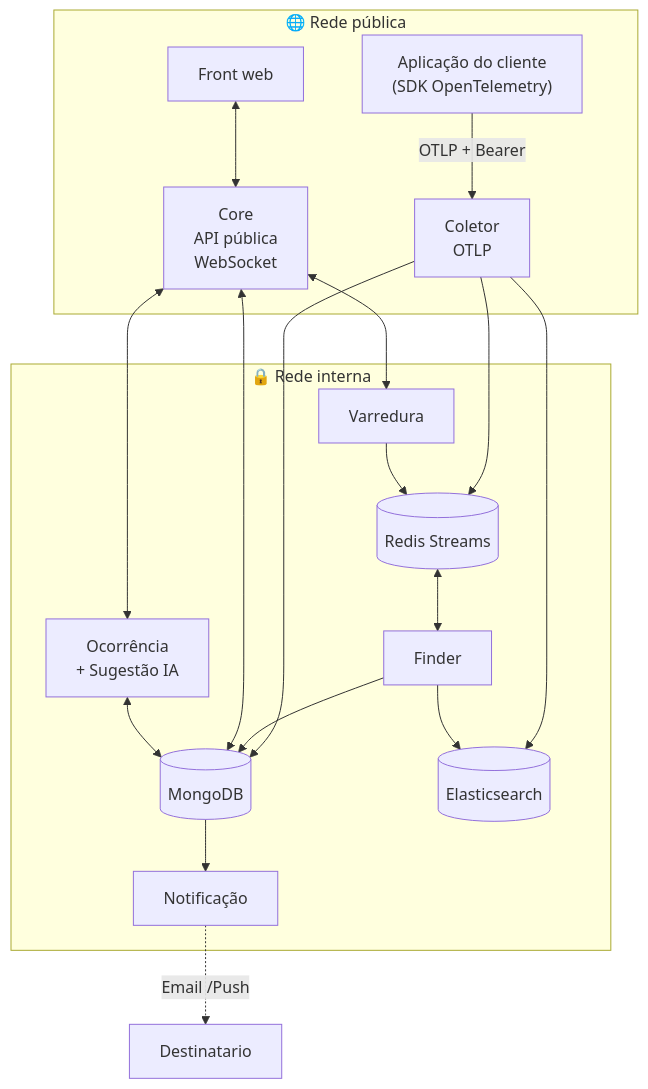
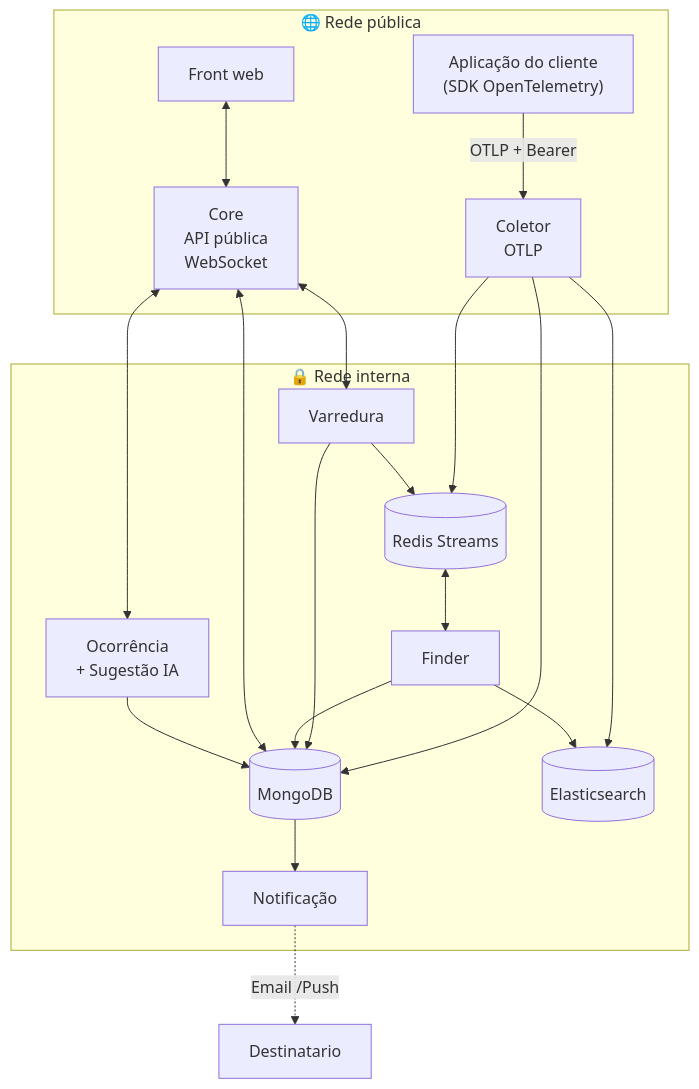
The diagram in profile/README.md (LhamaLog/.github), drawn with Mermaid before and after one commit.

Commit message:
LLT-79 Inicialização do Projeto no Github

````diff
--- a/profile/README.md
+++ b/profile/README.md
@@ -40,30 +40,30 @@
 ```mermaid
 flowchart TB
  subgraph Publico["🌐 Rede pública"]
         APP["Aplicação do cliente<br>(SDK OpenTelemetry)"]
         FRONT["Front web"]
         COLETOR["Coletor<br>OTLP"]
         CORE["Core<br>API pública<br>WebSocket"]
   end
  subgraph Interna["🔒 Rede interna"]
         FILA[("Redis Streams")]
         VARREDURA["Varredura"]
         FINDER["Finder"]
         OCORRENCIA["Ocorrência<br>+ Sugestão IA"]
         MONGO[("MongoDB")]
         ES[("Elasticsearch")]
         Notificacao["Notificação"]
   end
     APP -- OTLP + Bearer --> COLETOR
     FRONT <--> CORE
     COLETOR --> ES & FILA & MONGO
-    VARREDURA --> FILA
+    VARREDURA --> FILA & MONGO
     FILA <--> FINDER
     FINDER --> ES & MONGO
     CORE <--> MONGO & VARREDURA & OCORRENCIA
-    OCORRENCIA <--> MONGO
     Notificacao -. Email /Push .-> Destinatario["Destinatario"]
     MONGO --> Notificacao
+    OCORRENCIA --> MONGO
 
     CORE@{ shape: rect}
 ```
````
